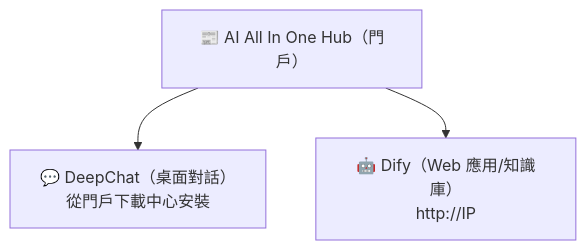
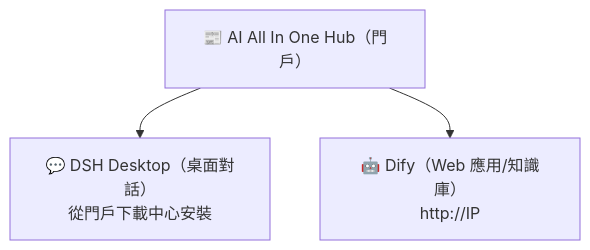
One commit to sdlyxianchao/AIAllInOne changed the diagram in docs/i18n/user-manual-zh-TW/ch01-about.md. Above: the diagram before and after it, drawn with Mermaid. The commit also changed other lines of this file and 306 other files, not shown here.

````diff
--- a/docs/i18n/user-manual-zh-TW/ch01-about.md
+++ b/docs/i18n/user-manual-zh-TW/ch01-about.md
@@ -17,5 +17,5 @@
 ```mermaid
 flowchart TB
-    A["📰 AI All In One Hub（門戶）"] --> B["💬 DeepChat（桌面對話）<br/>從門戶下載中心安裝"]
+    A["📰 AI All In One Hub（門戶）"] --> B["💬 DSH Desktop（桌面對話）<br/>從門戶下載中心安裝"]
     A["📰 AI All In One Hub（門戶）"] --> C["🤖 Dify（Web 應用/知識庫）<br/>http://IP"]
 ```
````
